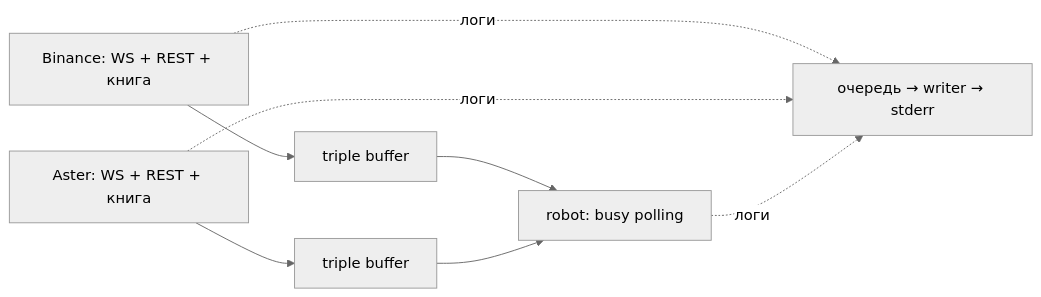
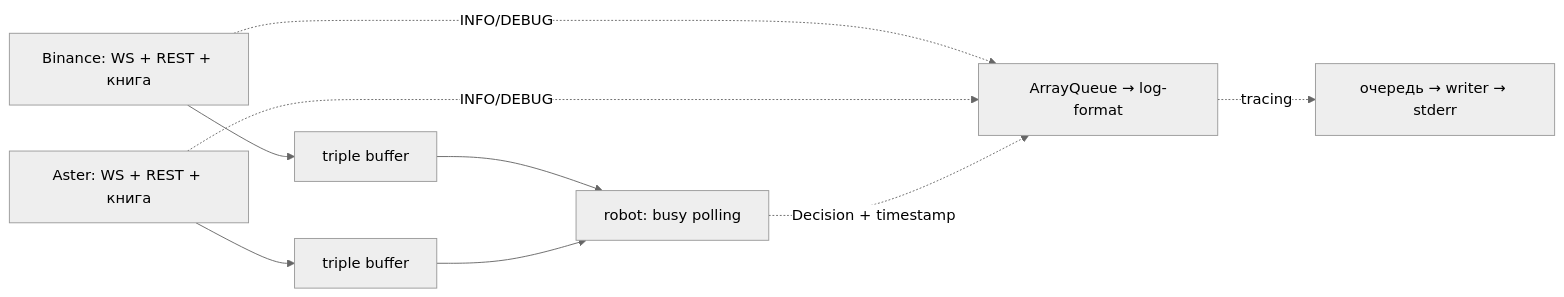
The diagram in docs/ARCHITECTURE.md (ByteNacked/hft-test-task), drawn with Mermaid (neutral theme) before and after one commit. The commit also changed other lines of this file and 13 other files, not shown here.

````diff
--- a/docs/ARCHITECTURE.md
+++ b/docs/ARCHITECTURE.md
@@ -7,10 +7,11 @@
 ```mermaid
 flowchart LR
     B[Binance: WS + REST + книга] --> BV[triple buffer]
     A[Aster: WS + REST + книга] --> AV[triple buffer]
     BV --> R[robot: busy polling]
     AV --> R
-    B -. логи .-> L[очередь → writer → stderr]
-    A -. логи .-> L
-    R -. логи .-> L
+    B -. INFO/DEBUG .-> F[ArrayQueue → log-format]
+    A -. INFO/DEBUG .-> F
+    R -. Decision + timestamp .-> F
+    F -. tracing .-> L[очередь → writer → stderr]
 ```
````
